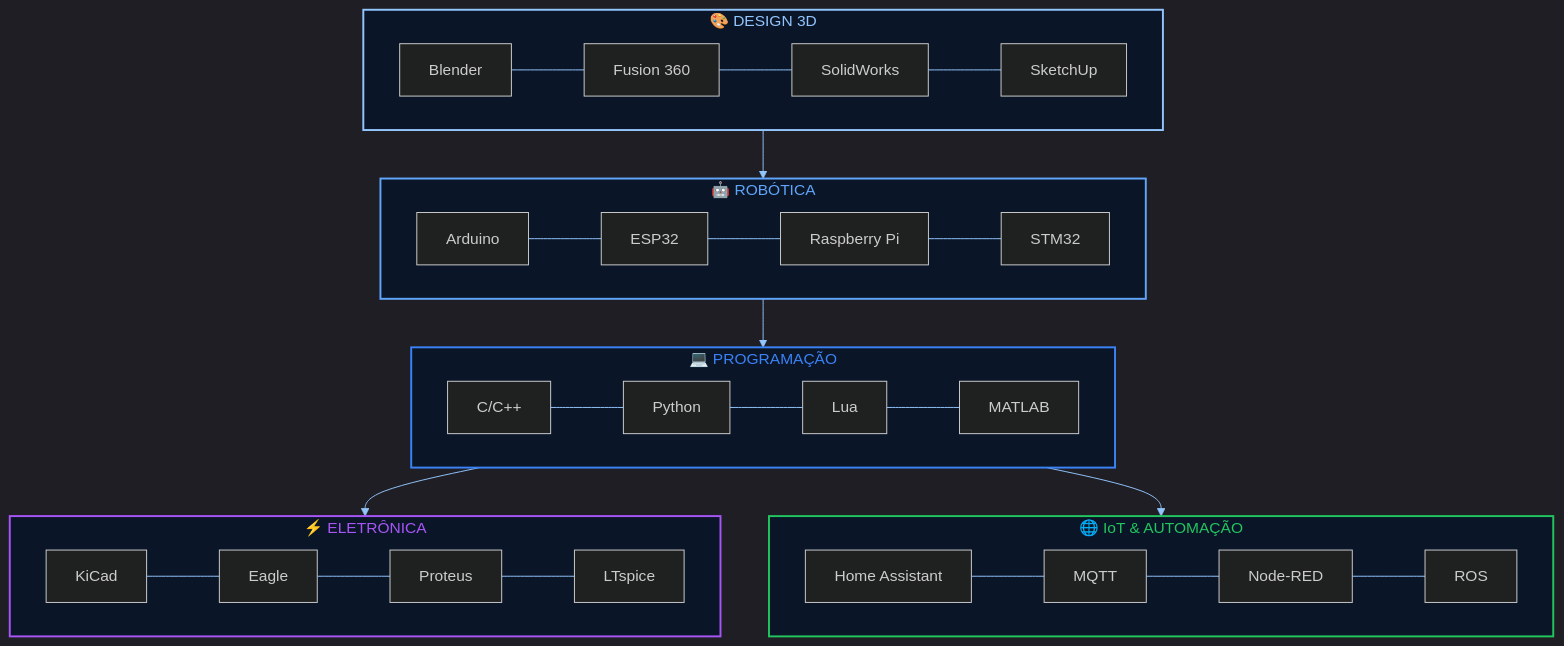
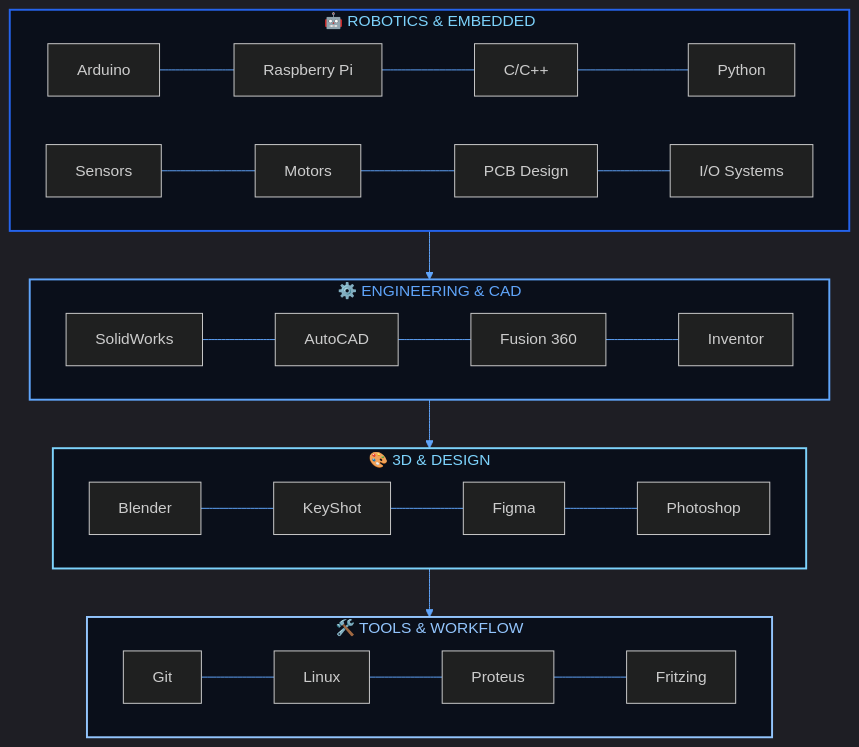
One commit to nasblor/nasblor changed the second of 4 diagrams in readme.md. Above: the diagram before and after it, drawn with Mermaid. The commit also changed other lines of this file, not shown here.

````diff
--- a/readme.md
+++ b/readme.md
@@ -66,32 +89,28 @@
 ```mermaid
-%%{init: {'theme':'dark','themeVariables':{'primaryColor':'#60a5fa','primaryTextColor':'#fff','primaryBorderColor':'#60a5fa','lineColor':'#93c5fd','secondaryColor':'#0a1628','tertiaryColor':'#1e3a5f'}}}%%
+%%{init: {'theme':'dark','themeVariables':{'primaryColor':'#7dd3fc','primaryTextColor':'#fff','primaryBorderColor':'#7dd3fc','lineColor':'#60a5fa','secondaryColor':'#0a0f1a','tertiaryColor':'#0d1b3e'}}}%%
 graph TB
-    subgraph ROBOTICA ["🤖 ROBÓTICA"]
+    subgraph ROBOTICS["🤖 ROBOTICS & EMBEDDED"]
         direction LR
-        AR[Arduino] --- ESP[ESP32] --- PI[Raspberry Pi] --- STM[STM32]
+        AR[Arduino] --- RP[Raspberry Pi] --- CP[C/C++] --- PY[Python]
+        SN[Sensors] --- MT[Motors] --- PC[PCB Design] --- IO[I/O Systems]
     end
-    subgraph PROGRAMACAO ["💻 PROGRAMAÇÃO"]
+    subgraph ENGINEERING["⚙️ ENGINEERING & CAD"]
         direction LR
-        CPP[C/C++] --- PY[Python] --- LUA[Lua] --- MAT[MATLAB]
+        SW[SolidWorks] --- AC[AutoCAD] --- FU[Fusion 360] --- IV[Inventor]
     end
-    subgraph DESIGN3D ["🎨 DESIGN 3D"]
+    subgraph DESIGN3D["🎨 3D & DESIGN"]
         direction LR
-        BL[Blender] --- FU[Fusion 360] --- SW[SolidWorks] --- SK[SketchUp]
+        BL[Blender] --- KS[KeyShot] --- FG[Figma] --- PS[Photoshop]
     end
-    subgraph ELETRONICA ["⚡ ELETRÔNICA"]
+    subgraph TOOLS["🛠️ TOOLS & WORKFLOW"]
         direction LR
-        KI[KiCad] --- EA[Eagle] --- PR[Proteus] --- LT[LTspice]
+        GT[Git] --- LX[Linux] --- PR[Proteus] --- FR[Fritzing]
     end
-    subgraph IOT ["🌐 IoT & AUTOMAÇÃO"]
-        direction LR
-        HA[Home Assistant] --- MQ[MQTT] --- NO[Node-RED] --- ROS[ROS]
-    end
-    ROBOTICA --> PROGRAMACAO --> ELETRONICA
-    PROGRAMACAO --> IOT
-    DESIGN3D --> ROBOTICA
-    style ROBOTICA fill:#0a1628,stroke:#60a5fa,stroke-width:2px,color:#60a5fa
-    style PROGRAMACAO fill:#0a1628,stroke:#3b82f6,stroke-width:2px,color:#3b82f6
-    style DESIGN3D fill:#0a1628,stroke:#93c5fd,stroke-width:2px,color:#93c5fd
-    style ELETRONICA fill:#0a1628,stroke:#a855f7,stroke-width:2px,color:#a855f7
-    style IOT fill:#0a1628,stroke:#22c55e,stroke-width:2px,color:#22c55e
+    ROBOTICS --> ENGINEERING
+    ENGINEERING --> DESIGN3D
+    DESIGN3D --> TOOLS
+    style ROBOTICS fill:#0a0f1a,stroke:#2563eb,stroke-width:2px,color:#7dd3fc
+    style ENGINEERING fill:#0a0f1a,stroke:#60a5fa,stroke-width:2px,color:#60a5fa
+    style DESIGN3D fill:#0a0f1a,stroke:#7dd3fc,stroke-width:2px,color:#7dd3fc
+    style TOOLS fill:#0a0f1a,stroke:#93c5fd,stroke-width:2px,color:#93c5fd
 ```
````
